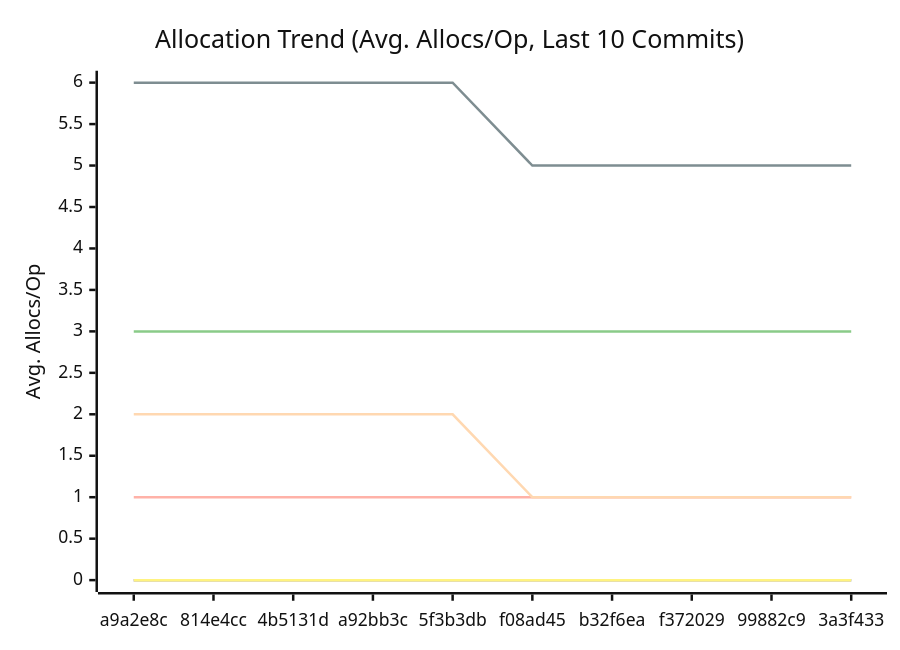
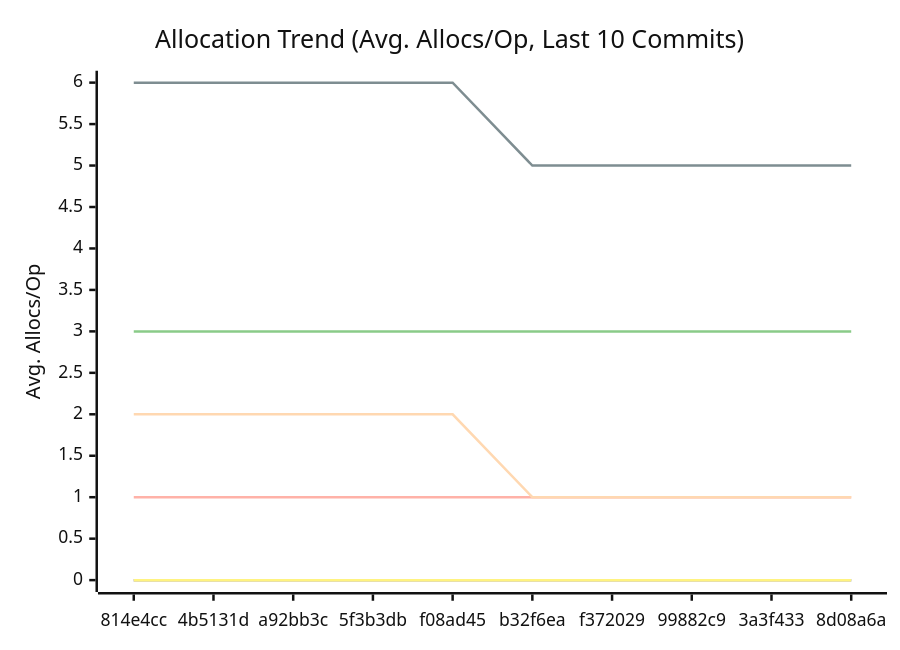
One commit to alsotoes/momo changed the third of 3 diagrams in docs/PERFORMANCE.md. Above: the diagram before and after it, drawn with Mermaid (neutral theme). The commit also changed other lines of this file and 2 other files, not shown here.

````diff
--- a/docs/PERFORMANCE.md
+++ b/docs/PERFORMANCE.md
@@ -114,16 +114,16 @@
 ```mermaid
 xychart-beta
     title "Allocation Trend (Avg. Allocs/Op, Last 10 Commits)"
     x-axis "Commit"
     y-axis "Avg. Allocs/Op"
-    x-axis [a9a2e8c,814e4cc,4b5131d,a92bb3c,5f3b3db,f08ad45,b32f6ea,f372029,99882c9,3a3f433]
+    x-axis [814e4cc,4b5131d,a92bb3c,5f3b3db,f08ad45,b32f6ea,f372029,99882c9,3a3f433,8d08a6a]
     line "CheckMetricsAndSwap" [0,0,0,0,0,0,0,0,0,0]
     line "CrushOptimized" [0,0,0,0,0,0,0,0,0,0]
     line "CrushOriginal" [3,3,3,3,3,3,3,3,3,3]
     line "IndexDirectTracking" [0,0,0,0,0,0,0,0,0,0]
     line "IndexSearch" [0,0,0,0,0,0,0,0,0,0]
     line "LoadGlobalConfig" [1,1,1,1,1,1,1,1,1,1]
     line "PadString" [0,0,0,0,0,0,0,0,0,0]
     line "ParseReplicationOrder_NoPrealloc" [6,6,6,6,6,5,5,5,5,5]
     line "ParseReplicationOrder_Prealloc" [2,2,2,2,2,1,1,1,1,1]
 ```
````
